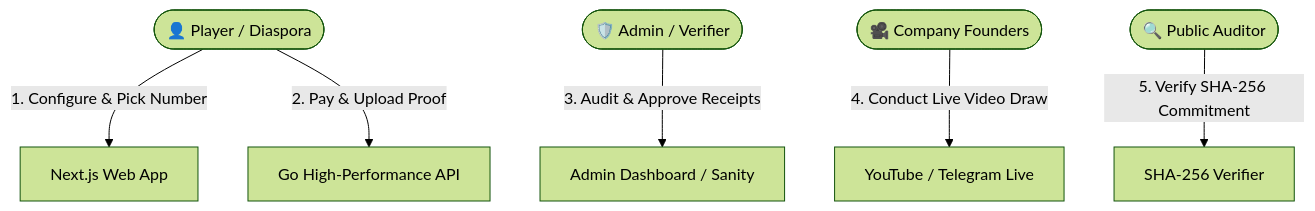
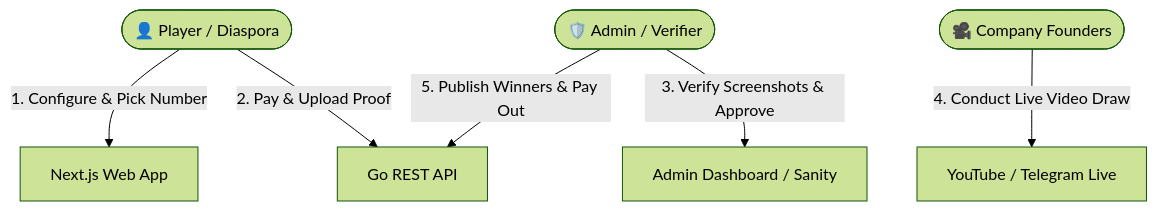
The diagram in SYSTEM_SPECIFICATION.md (zemuumez/shega-draws), drawn with Mermaid (forest theme) before and after one commit. The commit also changed other lines of this file and 17 other files, not shown here.

````diff
--- a/SYSTEM_SPECIFICATION.md
+++ b/SYSTEM_SPECIFICATION.md
@@ -94,8 +91,8 @@
 ```mermaid
 graph TD
-    User([👤 Player / Diaspora]) -->|1. Configure & Pick Number| Frontend[Next.js Web App]
-    User -->|2. Pay & Upload Proof| Backend[Go High-Performance API]
-    Admin([🛡️ Admin / Verifier]) -->|3. Audit & Approve Receipts| Studio[Admin Dashboard / Sanity]
+    User([👤 Player / Diaspora]) -->|1. Configure & Pick Number| Web[Next.js Web App]
+    User -->|2. Pay & Upload Proof| Backend[Go REST API]
+    Admin([🛡️ Admin / Verifier]) -->|3. Verify Screenshots & Approve| AdminDash[Admin Dashboard / Sanity]
     Founders([🎥 Company Founders]) -->|4. Conduct Live Video Draw| Video[YouTube / Telegram Live]
-    Auditor([🔍 Public Auditor]) -->|5. Verify SHA-256 Commitment| Crypto[SHA-256 Verifier]
+    Admin -->|5. Publish Winners & Pay Out| Backend
 ```
````
